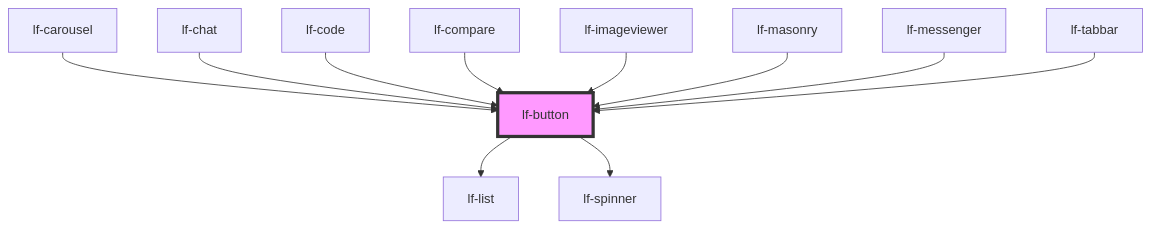
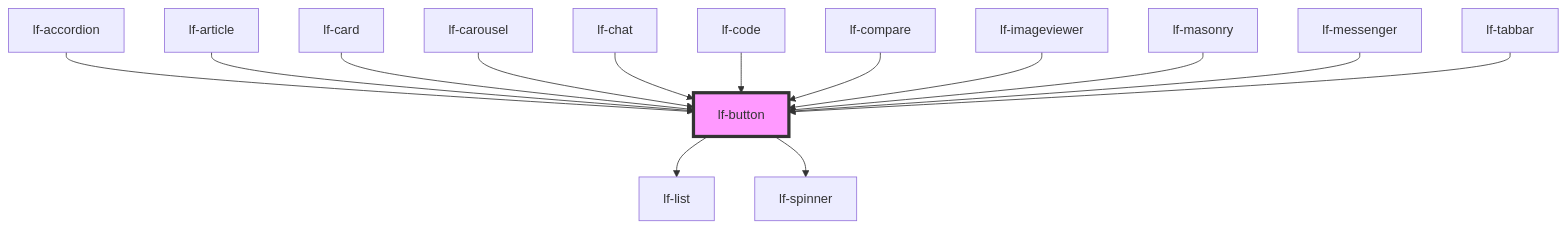
The diagram in packages/core/src/components/lf-button/readme.md (lucafoscili/lf-widgets), drawn with Mermaid before and after one commit. The commit also changed other lines of this file and 31 other files, not shown here.

````diff
--- a/packages/core/src/components/lf-button/readme.md
+++ b/packages/core/src/components/lf-button/readme.md
@@ -178,14 +181,17 @@
 ```mermaid
 graph TD;
   lf-button --> lf-list
   lf-button --> lf-spinner
+  lf-accordion --> lf-button
+  lf-article --> lf-button
+  lf-card --> lf-button
   lf-carousel --> lf-button
   lf-chat --> lf-button
   lf-code --> lf-button
   lf-compare --> lf-button
   lf-imageviewer --> lf-button
   lf-masonry --> lf-button
   lf-messenger --> lf-button
   lf-tabbar --> lf-button
   style lf-button fill:#f9f,stroke:#333,stroke-width:4px
 ```
````
